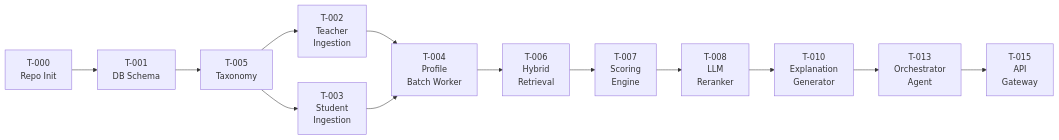
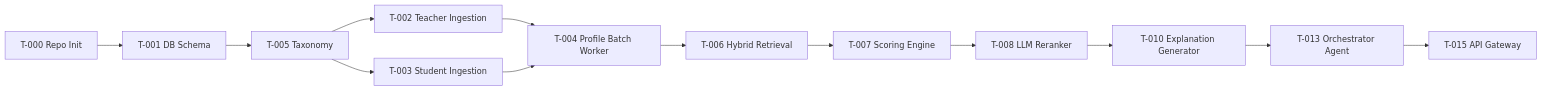
The third of 3 diagrams in project-ticket-working-processes.md (JackTran15/TF_AI_Engineer_Assignment), drawn with Mermaid before and after one commit. The commit also changed other lines of this file and 7 other files, not shown here.

````diff
--- a/project-ticket-working-processes.md
+++ b/project-ticket-working-processes.md
@@ -210,15 +210,15 @@
 ```mermaid
 flowchart LR
-    T000["T-000\nRepo Init"] --> T001["T-001\nDB Schema"]
-    T001 --> T005["T-005\nTaxonomy"]
-    T005 --> T002["T-002\nTeacher\nIngestion"]
-    T005 --> T003["T-003\nStudent\nIngestion"]
-    T002 --> T004["T-004\nProfile\nBatch Worker"]
+    T000["T-000 Repo Init"] --> T001["T-001 DB Schema"]
+    T001 --> T005["T-005 Taxonomy"]
+    T005 --> T002["T-002 Teacher Ingestion"]
+    T005 --> T003["T-003 Student Ingestion"]
+    T002 --> T004["T-004 Profile Batch Worker"]
     T003 --> T004
-    T004 --> T006["T-006\nHybrid\nRetrieval"]
-    T006 --> T007["T-007\nScoring\nEngine"]
-    T007 --> T008["T-008\nLLM\nReranker"]
-    T008 --> T010["T-010\nExplanation\nGenerator"]
-    T010 --> T013["T-013\nOrchestrator\nAgent"]
-    T013 --> T015["T-015\nAPI\nGateway"]
+    T004 --> T006["T-006 Hybrid Retrieval"]
+    T006 --> T007["T-007 Scoring Engine"]
+    T007 --> T008["T-008 LLM Reranker"]
+    T008 --> T010["T-010 Explanation Generator"]
+    T010 --> T013["T-013 Orchestrator Agent"]
+    T013 --> T015["T-015 API Gateway"]
 ```
````
